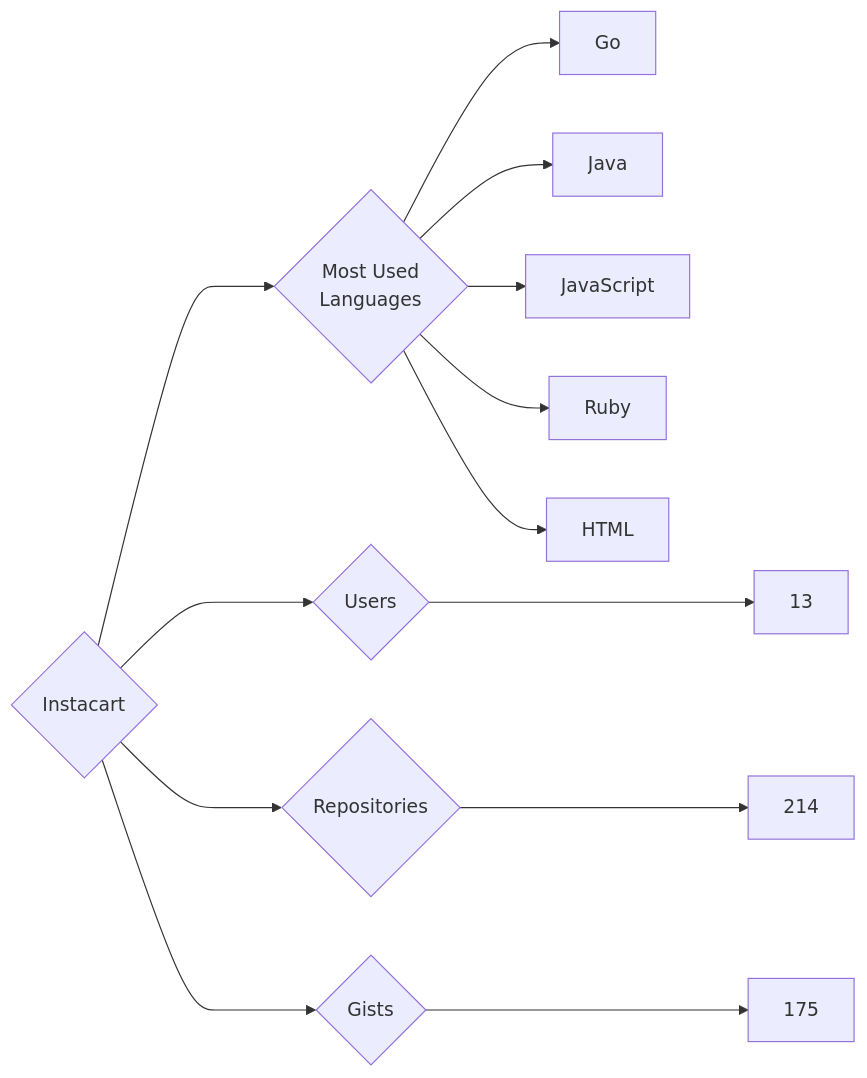
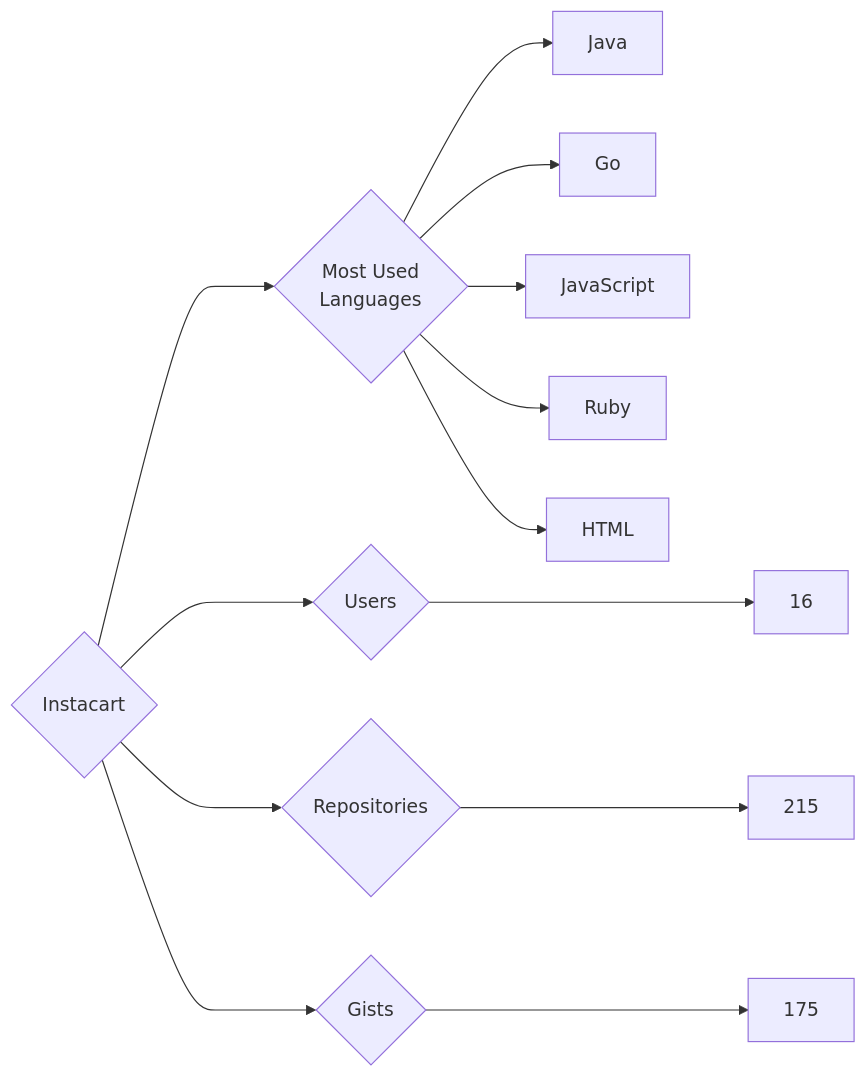
The diagram in targets/Instacart/README.md (trickest/insiders), drawn with Mermaid before and after one commit. The commit also changed 745 other files, not shown here.

````diff
--- a/targets/Instacart/README.md
+++ b/targets/Instacart/README.md
@@ -3,13 +3,13 @@
 ```mermaid
 graph LR
 COMPANY_NAME{Instacart}
-COMPANY_NAME ---> U{Users} ---> UN[13]
-COMPANY_NAME ---> R{Repositories} ---> RN[214]
+COMPANY_NAME ---> U{Users} ---> UN[16]
+COMPANY_NAME ---> R{Repositories} ---> RN[215]
 COMPANY_NAME ---> G{Gists} ---> GN[175]
 COMPANY_NAME ---> ML{Most Used<br>Languages}
+ML --> Java[Java]
 ML --> Go[Go]
-ML --> Java[Java]
 ML --> JavaScript[JavaScript]
 ML --> Ruby[Ruby]
 ML --> HTML[HTML]
 ```
````
